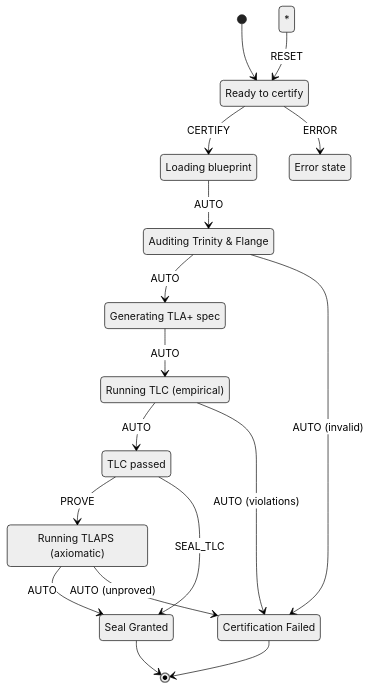
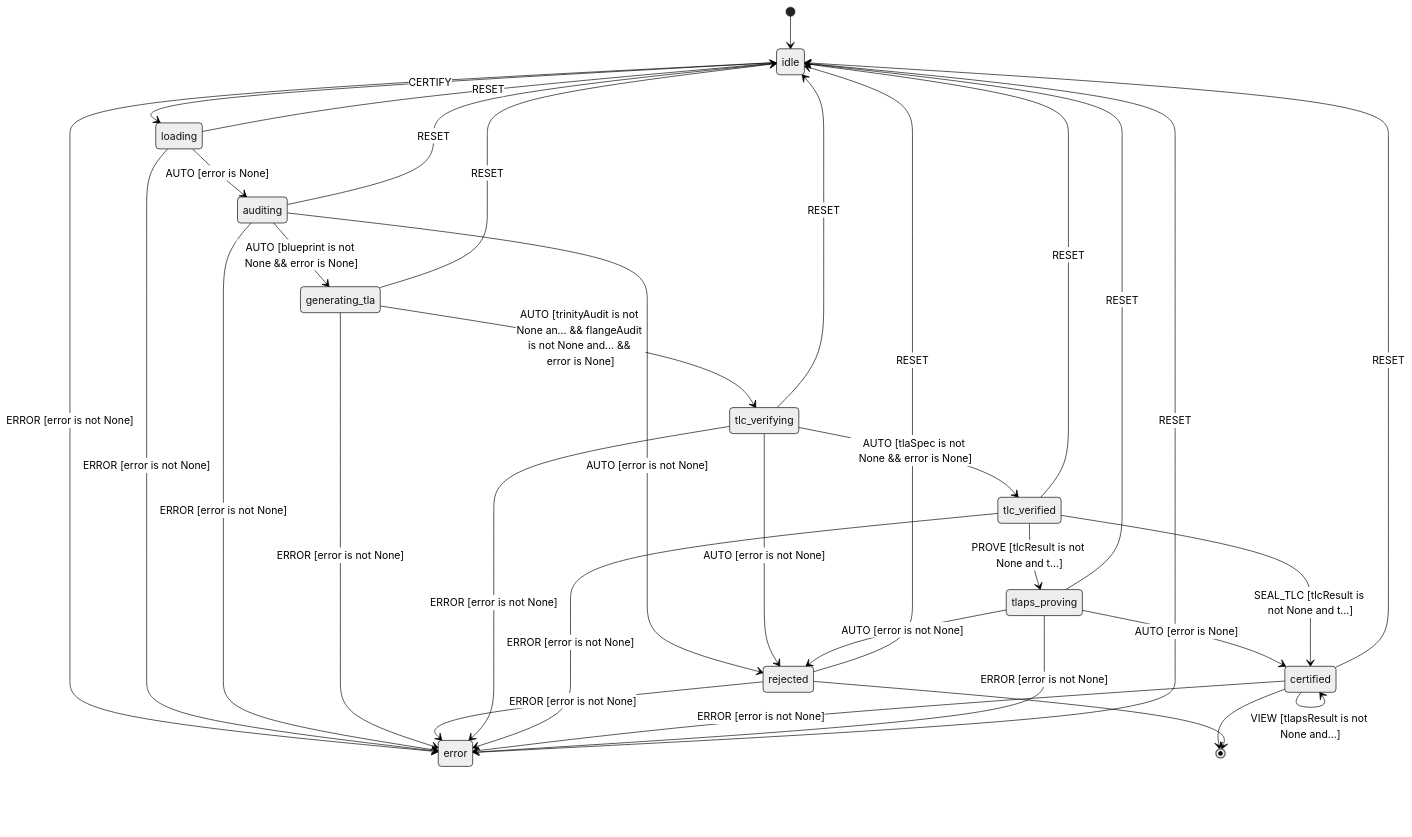
One commit to rhCat/lpp changed the diagram in utils/tlaps_seal/README.md. Above: the diagram before and after it, drawn with Mermaid (neutral theme). The commit also changed 136 other files, not shown here.

Commit message:
feat: more detail graph

````diff
--- a/utils/tlaps_seal/README.md
+++ b/utils/tlaps_seal/README.md
@@ -31,31 +31,37 @@
 ```mermaid
 stateDiagram-v2
+    %% L++ State Diagram: TLAPS Seal Certifier
     [*] --> idle
-
-    idle: Ready to certify
-    loading: Loading blueprint
-    auditing: Auditing Trinity & Flange
-    generating_tla: Generating TLA+ spec
-    tlc_verifying: Running TLC (empirical)
-    tlc_verified: TLC passed
-    tlaps_proving: Running TLAPS (axiomatic)
-    certified: Seal Granted
-    rejected: Certification Failed
-    error: Error state
-
-    idle --> loading: CERTIFY
-    loading --> auditing: AUTO
-    auditing --> generating_tla: AUTO
-    generating_tla --> tlc_verifying: AUTO
-    tlc_verifying --> tlc_verified: AUTO
-    tlc_verified --> tlaps_proving: PROVE
-    tlaps_proving --> certified: AUTO
-    tlc_verified --> certified: SEAL_TLC
-    auditing --> rejected: AUTO (invalid)
-    tlc_verifying --> rejected: AUTO (violations)
-    tlaps_proving --> rejected: AUTO (unproved)
-    idle --> error: ERROR
-    * --> idle: RESET
+    idle --> loading : CERTIFY
+    loading --> auditing : AUTO [error is None]
+    auditing --> generating_tla : AUTO [blueprint is not None && error is None]
+    generating_tla --> tlc_verifying : AUTO [trinityAudit is not None an... && flangeAudit is not None and... && error is None]
+    tlc_verifying --> tlc_verified : AUTO [tlaSpec is not None && error is None]
+    tlc_verified --> tlaps_proving : PROVE [tlcResult is not None and t...]
+    tlaps_proving --> certified : AUTO [error is None]
+    tlc_verified --> certified : SEAL_TLC [tlcResult is not None and t...]
+    auditing --> rejected : AUTO [error is not None]
+    tlc_verifying --> rejected : AUTO [error is not None]
+    tlaps_proving --> rejected : AUTO [error is not None]
+    idle --> error : ERROR [error is not None]
+    loading --> error : ERROR [error is not None]
+    auditing --> error : ERROR [error is not None]
+    generating_tla --> error : ERROR [error is not None]
+    rejected --> error : ERROR [error is not None]
+    tlc_verifying --> error : ERROR [error is not None]
+    tlc_verified --> error : ERROR [error is not None]
+    certified --> error : ERROR [error is not None]
+    tlaps_proving --> error : ERROR [error is not None]
+    error --> idle : RESET
+    loading --> idle : RESET
+    auditing --> idle : RESET
+    generating_tla --> idle : RESET
+    rejected --> idle : RESET
+    tlc_verifying --> idle : RESET
+    tlc_verified --> idle : RESET
+    certified --> idle : RESET
+    tlaps_proving --> idle : RESET
+    certified --> certified : VIEW [tlapsResult is not None and...]
     certified --> [*]
     rejected --> [*]
 ```
````
